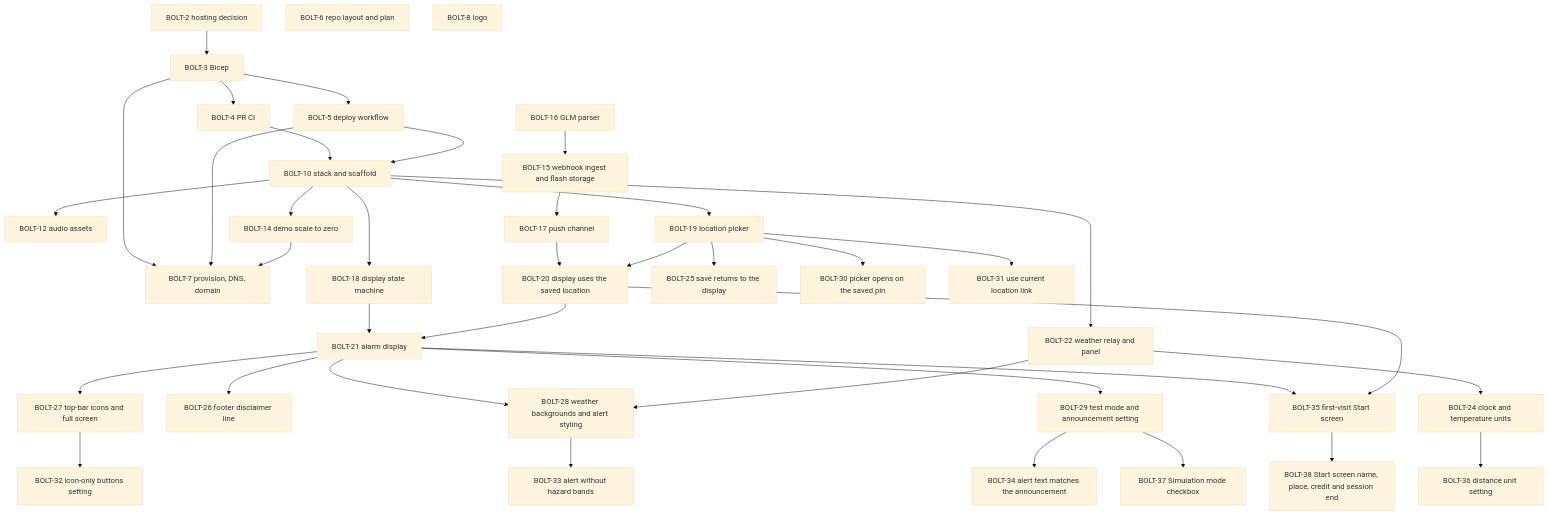
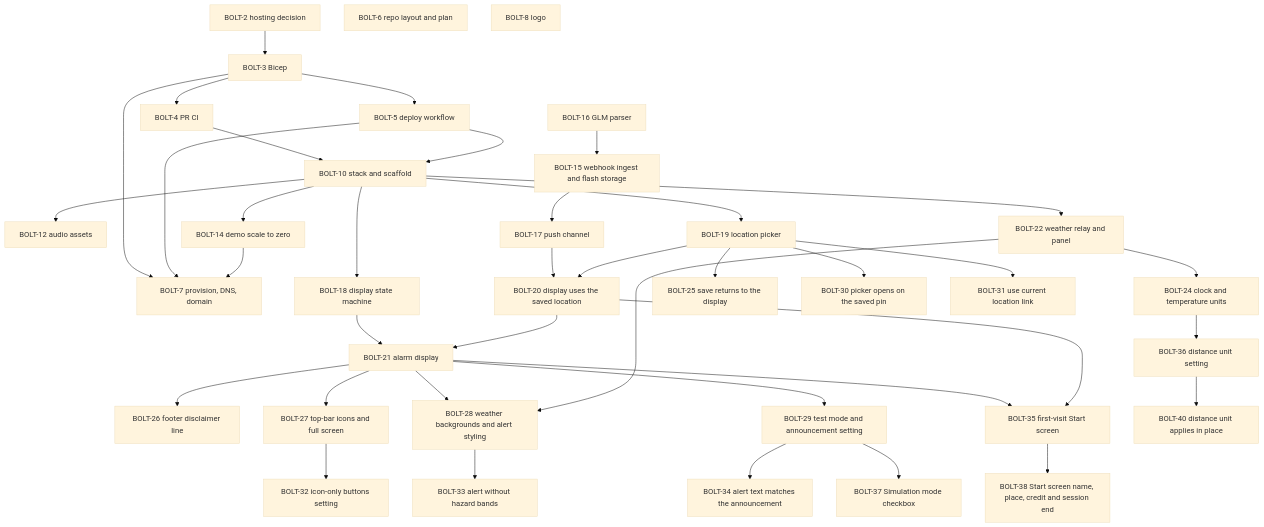
Before and after one commit to henrique-meyer/boltclock: the diagram in docs/plan.md, drawn with Mermaid (base theme). The commit also changed other lines of this file and 4 other files, not shown here.

First line of the commit message:
BOLT-40 Distance unit change applies in place, no restart

````diff
--- a/docs/plan.md
+++ b/docs/plan.md
@@ -15,72 +15,74 @@
 ```mermaid
 flowchart TD
   s2[BOLT-2 hosting decision]
   s3[BOLT-3 Bicep]
   s4[BOLT-4 PR CI]
   s5[BOLT-5 deploy workflow]
   s6[BOLT-6 repo layout and plan]
   s7[BOLT-7 provision, DNS, domain]
   s8[BOLT-8 logo]
   s10[BOLT-10 stack and scaffold]
   s12[BOLT-12 audio assets]
   s14[BOLT-14 demo scale to zero]
   s15[BOLT-15 webhook ingest and flash storage]
   s16[BOLT-16 GLM parser]
   s17[BOLT-17 push channel]
   s18[BOLT-18 display state machine]
   s19[BOLT-19 location picker]
   s20[BOLT-20 display uses the saved location]
   s21[BOLT-21 alarm display]
   s22[BOLT-22 weather relay and panel]
   s24[BOLT-24 clock and temperature units]
   s25[BOLT-25 save returns to the display]
   s26[BOLT-26 footer disclaimer line]
   s27[BOLT-27 top-bar icons and full screen]
   s28[BOLT-28 weather backgrounds and alert styling]
   s30[BOLT-30 picker opens on the saved pin]
   s29[BOLT-29 test mode and announcement setting]
   s32[BOLT-32 icon-only buttons setting]
   s31[BOLT-31 use current location link]
   s33[BOLT-33 alert without hazard bands]
   s34[BOLT-34 alert text matches the announcement]
   s35[BOLT-35 first-visit Start screen]
   s36[BOLT-36 distance unit setting]
   s38[BOLT-38 Start screen name, place, credit and session end]
   s37[BOLT-37 Simulation mode checkbox]
+  s40[BOLT-40 distance unit applies in place]
   s2 --> s3
   s4 --> s10
   s5 --> s10
   s3 --> s4
   s3 --> s5
   s3 --> s7
   s5 --> s7
   s10 --> s12
   s10 --> s14
   s14 --> s7
   s16 --> s15
   s15 --> s17
   s10 --> s18
   s10 --> s19
   s17 --> s20
   s19 --> s20
   s18 --> s21
   s20 --> s21
   s10 --> s22
   s22 --> s24
   s19 --> s25
   s21 --> s26
   s21 --> s27
   s21 --> s28
   s22 --> s28
   s19 --> s30
   s21 --> s29
   s27 --> s32
   s19 --> s31
   s28 --> s33
   s29 --> s34
   s21 --> s35
   s20 --> s35
   s24 --> s36
   s35 --> s38
   s29 --> s37
+  s36 --> s40
 ```
````
